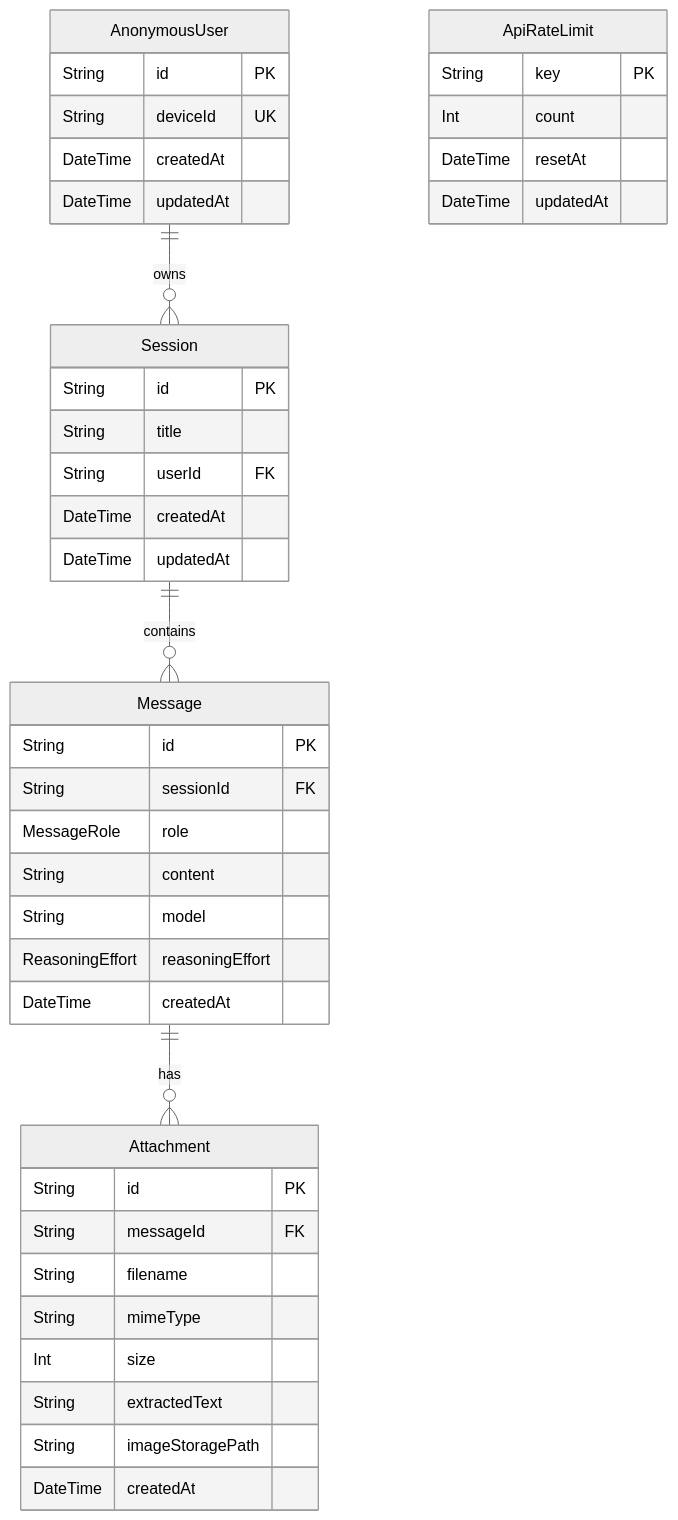
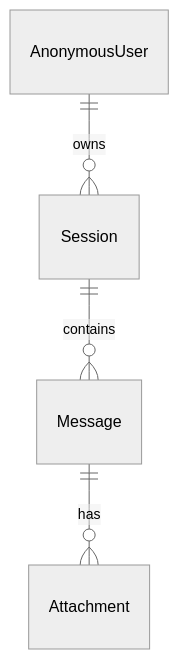
Before and after one commit to kakumine2001/NoteFable: the diagram in ERD.md, drawn with Mermaid (neutral theme). The commit also changed other lines of this file, not shown here.

Commit message:
docs: point ERD to architecture docs

````diff
--- a/ERD.md
+++ b/ERD.md
@@ -3,49 +11,6 @@
 ```mermaid
 erDiagram
   AnonymousUser ||--o{ Session : owns
   Session ||--o{ Message : contains
   Message ||--o{ Attachment : has
-
-  AnonymousUser {
-    String id PK
-    String deviceId UK
-    DateTime createdAt
-    DateTime updatedAt
-  }
-
-  Session {
-    String id PK
-    String title
-    String userId FK
-    DateTime createdAt
-    DateTime updatedAt
-  }
-
-  Message {
-    String id PK
-    String sessionId FK
-    MessageRole role
-    String content
-    String model
-    ReasoningEffort reasoningEffort
-    DateTime createdAt
-  }
-
-  Attachment {
-    String id PK
-    String messageId FK
-    String filename
-    String mimeType
-    Int size
-    String extractedText
-    String imageStoragePath
-    DateTime createdAt
-  }
-
-  ApiRateLimit {
-    String key PK
-    Int count
-    DateTime resetAt
-    DateTime updatedAt
-  }
 ```
````
